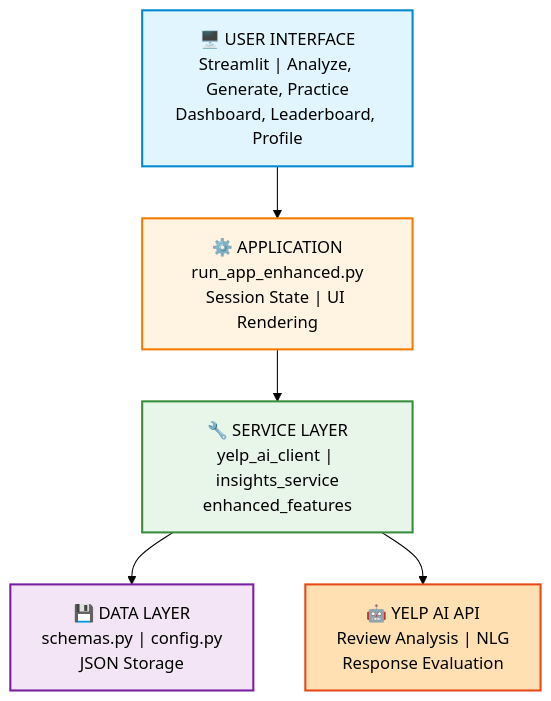
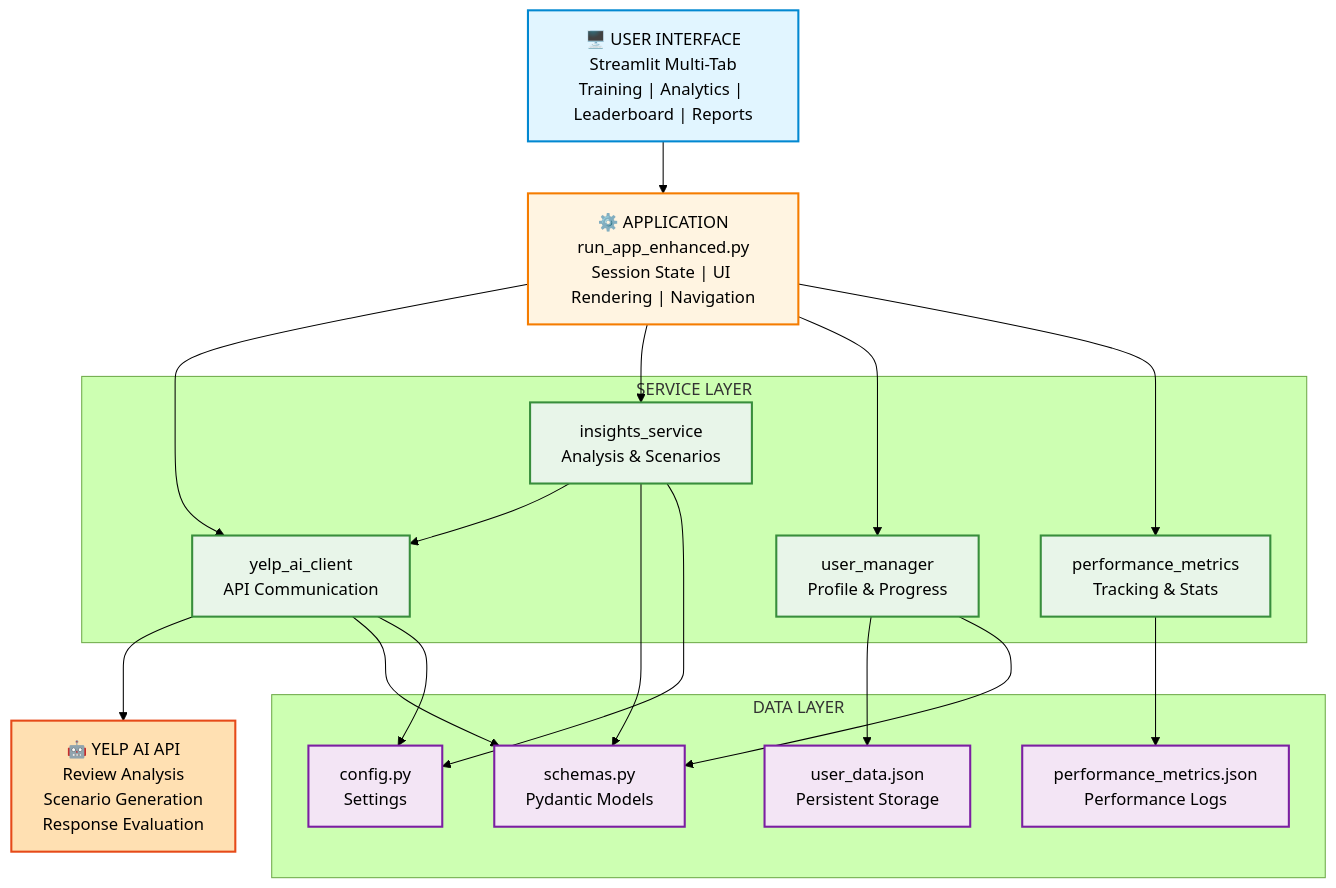
One commit to ankitlade12/DineSync changed the second of 2 diagrams in README.md. Above: the diagram before and after it, drawn with Mermaid (forest theme). The commit also changed other lines of this file, not shown here.

Commit message:
Update README architecture diagrams and tech stack
- Update High-Level Workflow to include user management and certificate system
- Add STEP 0 for user profile setup and loading
- Show 5 scenarios generation and certificate award logic (≥8.0 threshold)
- Enhance System Architecture with detailed service layer breakdown
- Add user_manager and performance_metrics as separate services
- Show persistent storage (user_data.json, performance_metrics.json)
- Update Tech Stack table with testing, CI/CD, and user management rows

````diff
--- a/README.md
+++ b/README.md
@@ -56,18 +68,51 @@
 ```mermaid
 graph TB
-    UI["🖥️ USER INTERFACE<br/>Streamlit | Analyze, Generate, Practice<br/>Dashboard, Leaderboard, Profile"]
-    APP["⚙️ APPLICATION<br/>run_app_enhanced.py<br/>Session State | UI Rendering"]
-    SVC["🔧 SERVICE LAYER<br/>yelp_ai_client | insights_service<br/>enhanced_features"]
-    DATA["💾 DATA LAYER<br/>schemas.py | config.py<br/>JSON Storage"]
-    EXT["🤖 YELP AI API<br/>Review Analysis | NLG<br/>Response Evaluation"]
+    UI["🖥️ USER INTERFACE<br/>Streamlit Multi-Tab<br/>Training | Analytics | Leaderboard | Reports"]
+    APP["⚙️ APPLICATION<br/>run_app_enhanced.py<br/>Session State | UI Rendering | Navigation"]
+    
+    subgraph "SERVICE LAYER"
+        SVC1["yelp_ai_client<br/>API Communication"]
+        SVC2["insights_service<br/>Analysis & Scenarios"]
+        SVC3["user_manager<br/>Profile & Progress"]
+        SVC4["performance_metrics<br/>Tracking & Stats"]
+    end
+    
+    subgraph "DATA LAYER"
+        DATA1["schemas.py<br/>Pydantic Models"]
+        DATA2["config.py<br/>Settings"]
+        DATA3["user_data.json<br/>Persistent Storage"]
+        DATA4["performance_metrics.json<br/>Performance Logs"]
+    end
+    
+    EXT["🤖 YELP AI API<br/>Review Analysis<br/>Scenario Generation<br/>Response Evaluation"]
 
-    UI --> APP --> SVC
-    SVC --> DATA
-    SVC --> EXT
+    UI --> APP
+    APP --> SVC1
+    APP --> SVC2
+    APP --> SVC3
+    APP --> SVC4
+    
+    SVC1 --> EXT
+    SVC2 --> SVC1
+    SVC3 --> DATA3
+    SVC4 --> DATA4
+    
+    SVC1 --> DATA1
+    SVC2 --> DATA1
+    SVC3 --> DATA1
+    
+    SVC1 --> DATA2
+    SVC2 --> DATA2
 
     style UI fill:#e1f5ff,stroke:#0288d1,stroke-width:2px
     style APP fill:#fff4e1,stroke:#f57c00,stroke-width:2px
-    style SVC fill:#e8f5e9,stroke:#388e3c,stroke-width:2px
-    style DATA fill:#f3e5f5,stroke:#7b1fa2,stroke-width:2px
+    style SVC1 fill:#e8f5e9,stroke:#388e3c,stroke-width:2px
+    style SVC2 fill:#e8f5e9,stroke:#388e3c,stroke-width:2px
+    style SVC3 fill:#e8f5e9,stroke:#388e3c,stroke-width:2px
+    style SVC4 fill:#e8f5e9,stroke:#388e3c,stroke-width:2px
+    style DATA1 fill:#f3e5f5,stroke:#7b1fa2,stroke-width:2px
+    style DATA2 fill:#f3e5f5,stroke:#7b1fa2,stroke-width:2px
+    style DATA3 fill:#f3e5f5,stroke:#7b1fa2,stroke-width:2px
+    style DATA4 fill:#f3e5f5,stroke:#7b1fa2,stroke-width:2px
     style EXT fill:#ffe0b2,stroke:#e64a19,stroke-width:2px
 ```
````
